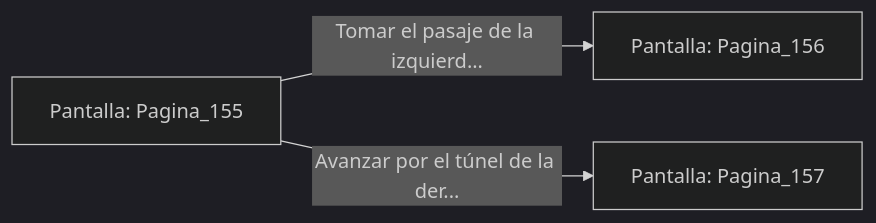
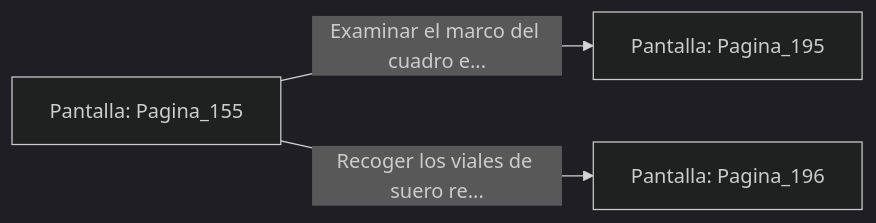
The diagram in sample/eligejuego-vault/Pantalla_Pagina_155.md (metsuke/mpl), drawn with Mermaid (dark theme) before and after one commit. The commit also changed other lines of this file and 635 other files, not shown here.

First line of the commit message:
fix: añadir Pagina_1 como pantalla inicial en capitulo_01.mpl

````diff
--- a/sample/eligejuego-vault/Pantalla_Pagina_155.md
+++ b/sample/eligejuego-vault/Pantalla_Pagina_155.md
@@ -20,6 +24,6 @@
 ```mermaid
 graph LR
     P_Pagina_155["Pantalla: Pagina_155"]
-    P_Pagina_155 -->|"Tomar el pasaje de la izquierd..."| P_Pagina_156["Pantalla: Pagina_156"]
-    P_Pagina_155 -->|"Avanzar por el túnel de la der..."| P_Pagina_157["Pantalla: Pagina_157"]
+    P_Pagina_155 -->|"Examinar el marco del cuadro e..."| P_Pagina_195["Pantalla: Pagina_195"]
+    P_Pagina_155 -->|"Recoger los viales de suero re..."| P_Pagina_196["Pantalla: Pagina_196"]
 ```
````
